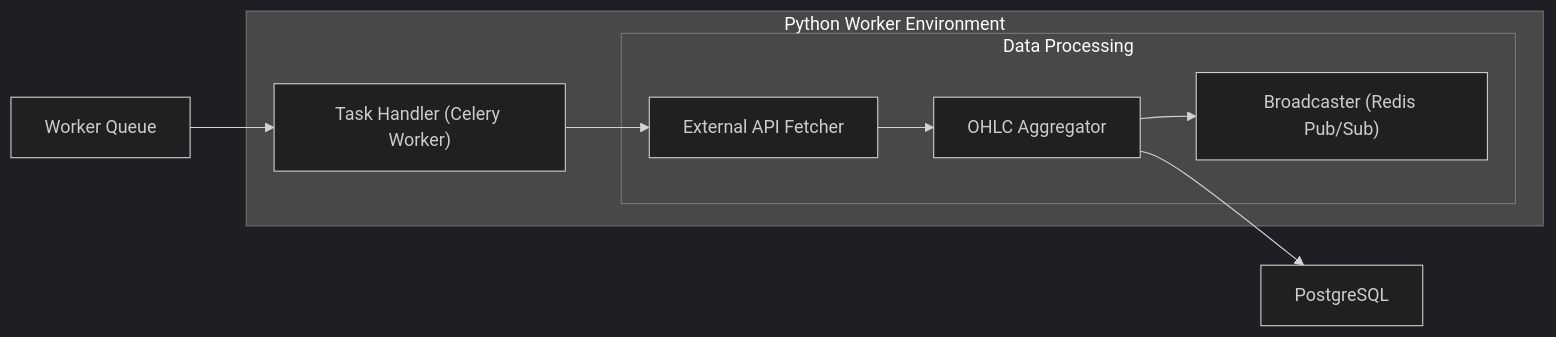
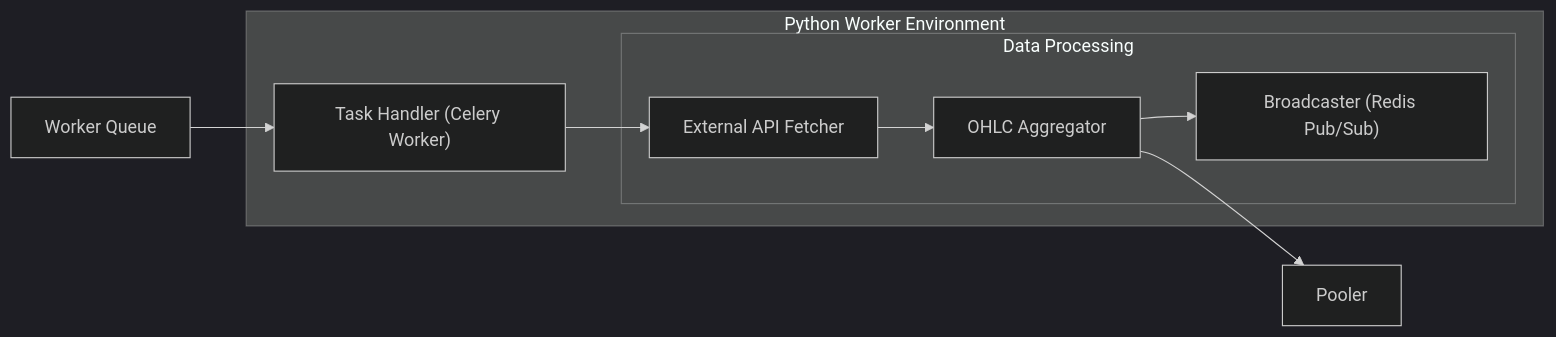
Before and after one commit to AnNguyen2023/vn-stock-portfolio: the fourth of 4 diagrams in architecture.md, drawn with Mermaid (dark theme). The commit also changed other lines of this file, not shown here.

Commit message:
docs: refine websocket data flow logic in architecture diagrams

````diff
--- a/architecture.md
+++ b/architecture.md
@@ -163,17 +163,17 @@
 ```mermaid
 graph LR
     subgraph Worker_Process["Python Worker Environment"]
         TaskHandler["Task Handler (Celery Worker)"]
         subgraph Pipelines["Data Processing"]
             Fetcher["External API Fetcher"]
             Aggregator["OHLC Aggregator"]
             Relay["Broadcaster (Redis Pub/Sub)"]
         end
     end
 
     Queue["Worker Queue"] --> TaskHandler
     TaskHandler --> Fetcher
     Fetcher --> Aggregator
     Aggregator --> Relay
-    Aggregator --> PostgreSQL
+    Aggregator --> Pooler
 ```
````
